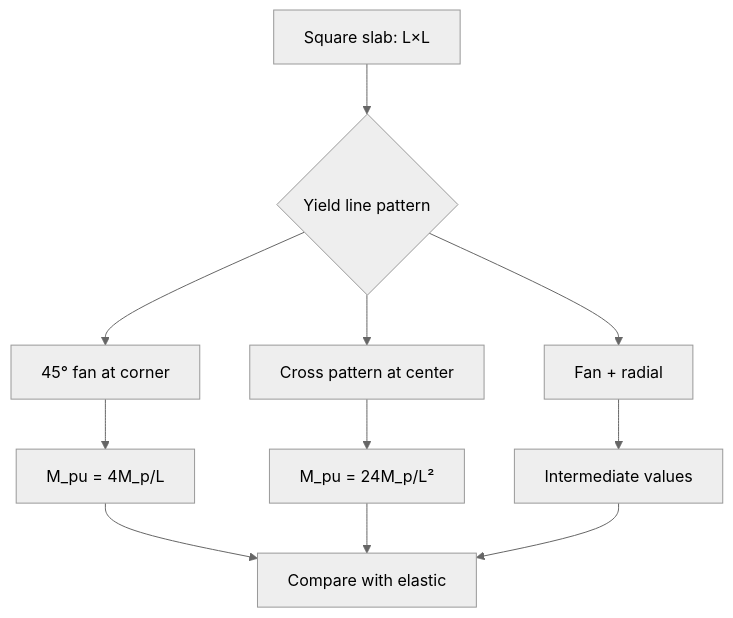
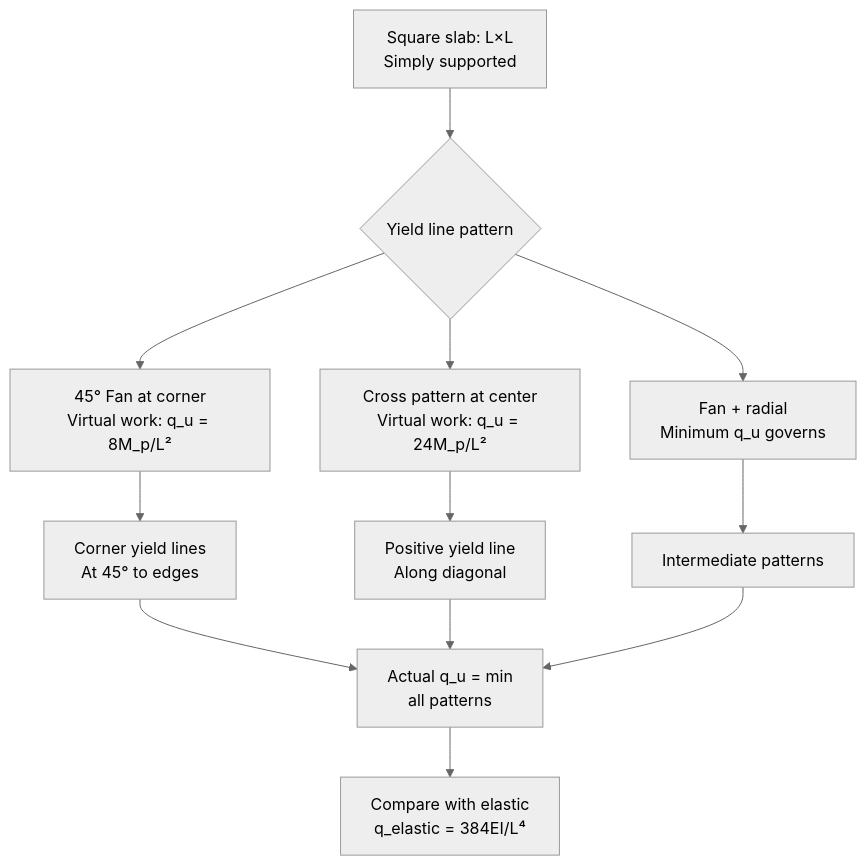
The third of 5 diagrams in MIT_CEE_MEng_SMD/04_1.541_Concrete_Structures.md (yip-lgtm/civil-bootcamp), drawn with Mermaid (neutral theme) before and after one commit. The commit also changed other lines of this file and 8 other files, not shown here.

````diff
--- a/MIT_CEE_MEng_SMD/04_1.541_Concrete_Structures.md
+++ b/MIT_CEE_MEng_SMD/04_1.541_Concrete_Structures.md
@@ -241,13 +348,14 @@
 ```mermaid
 flowchart TD
-    A[Square slab: L×L] --> B{Yield line pattern}
-    B --> C[45° fan at corner]
-    B --> D[Cross pattern at center]
-    B --> E[Fan + radial]
-    C --> F[M_pu = 4M_p/L]
-    D --> G[M_pu = 24M_p/L²]
-    E --> H[Intermediate values]
-    F --> I[Compare with elastic]
+    A[Square slab: L×L<br/>Simply supported] --> B{Yield line pattern}
+    B --> C[45° Fan at corner<br/>Virtual work: q_u = 8M_p/L²]
+    B --> D[Cross pattern at center<br/>Virtual work: q_u = 24M_p/L²]
+    B --> E[Fan + radial<br/>Minimum q_u governs]
+    C --> F[Corner yield lines<br/>At 45° to edges]
+    D --> G[Positive yield line<br/>Along diagonal]
+    E --> H[Intermediate patterns]
+    F --> I[Actual q_u = min<br/>all patterns]
     G --> I
     H --> I
+    I --> J[Compare with elastic<br/>q_elastic = 384EI/L⁴]
 ```
````
